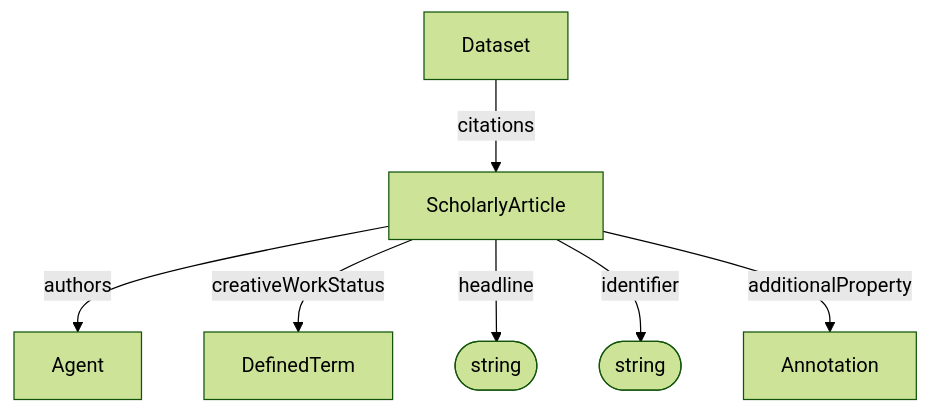
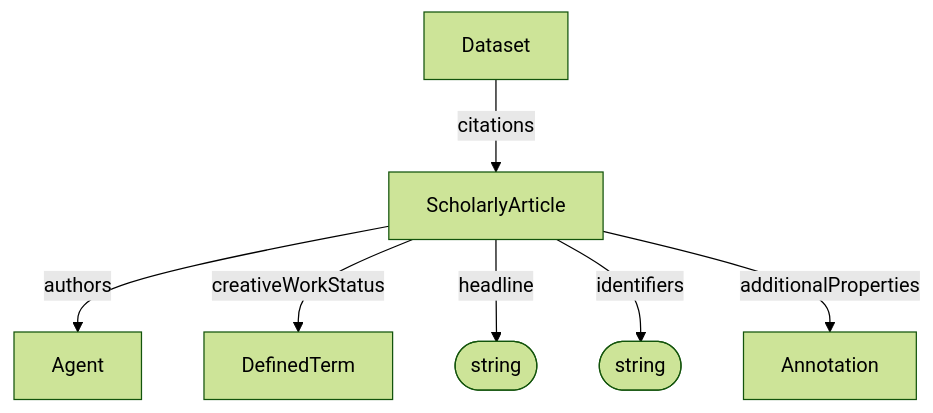
Before and after one commit to HLWeil/ARC-base-model: the diagram in docs/spec/administrative/ScholarlyArticle.md, drawn with Mermaid (forest theme). The commit also changed other lines of this file and 1 other file, not shown here.

First line of the commit message:
docs: align scholarly article fields with administrative conventions

````diff
--- a/docs/spec/administrative/ScholarlyArticle.md
+++ b/docs/spec/administrative/ScholarlyArticle.md
@@ -28,16 +28,16 @@
 ```mermaid
 flowchart TD
 
     hl@{ shape: stadium, label: "string" }
 
     p1@{ shape: stadium, label: "string" }
     p2[Annotation]
 
     Dataset --citations--> ScholarlyArticle
     ScholarlyArticle --authors--> Agent
     ScholarlyArticle --creativeWorkStatus--> DefinedTerm
     ScholarlyArticle --headline--> hl
-    ScholarlyArticle --identifier--> p1
-    ScholarlyArticle --additionalProperty--> p2
+    ScholarlyArticle --identifiers--> p1
+    ScholarlyArticle --additionalProperties--> p2
 
 ```
````
